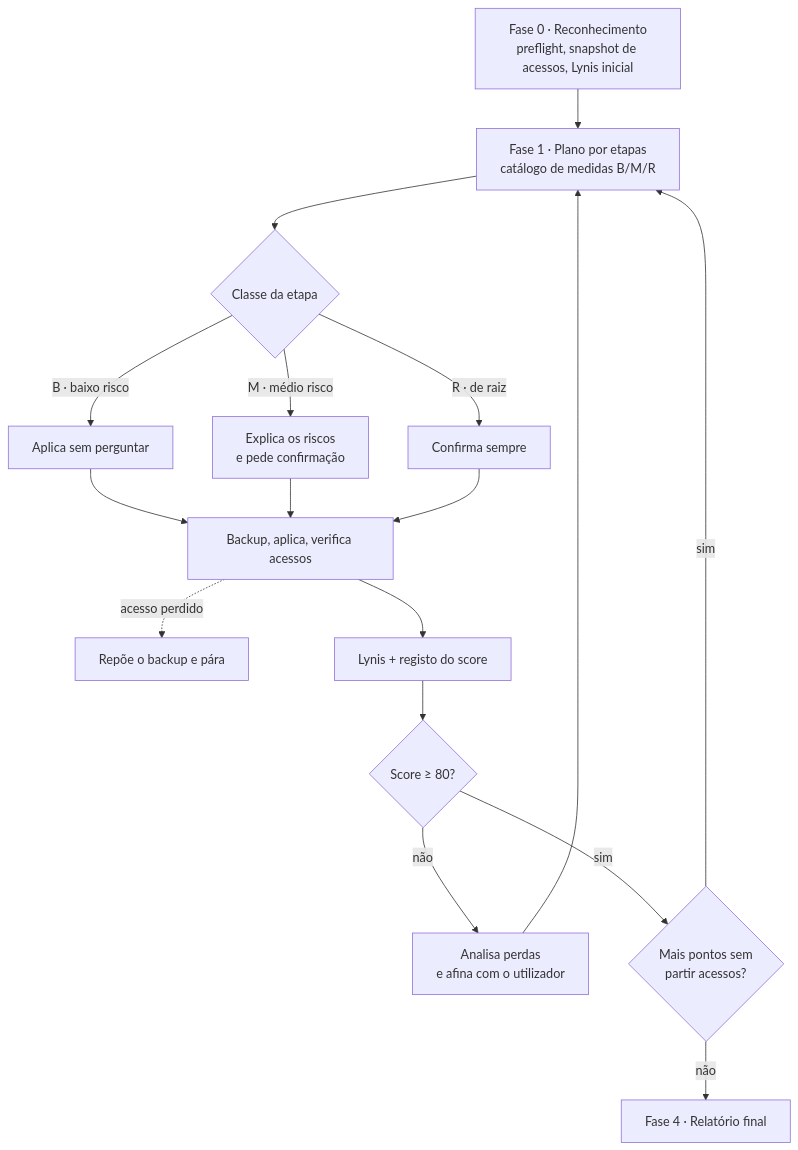
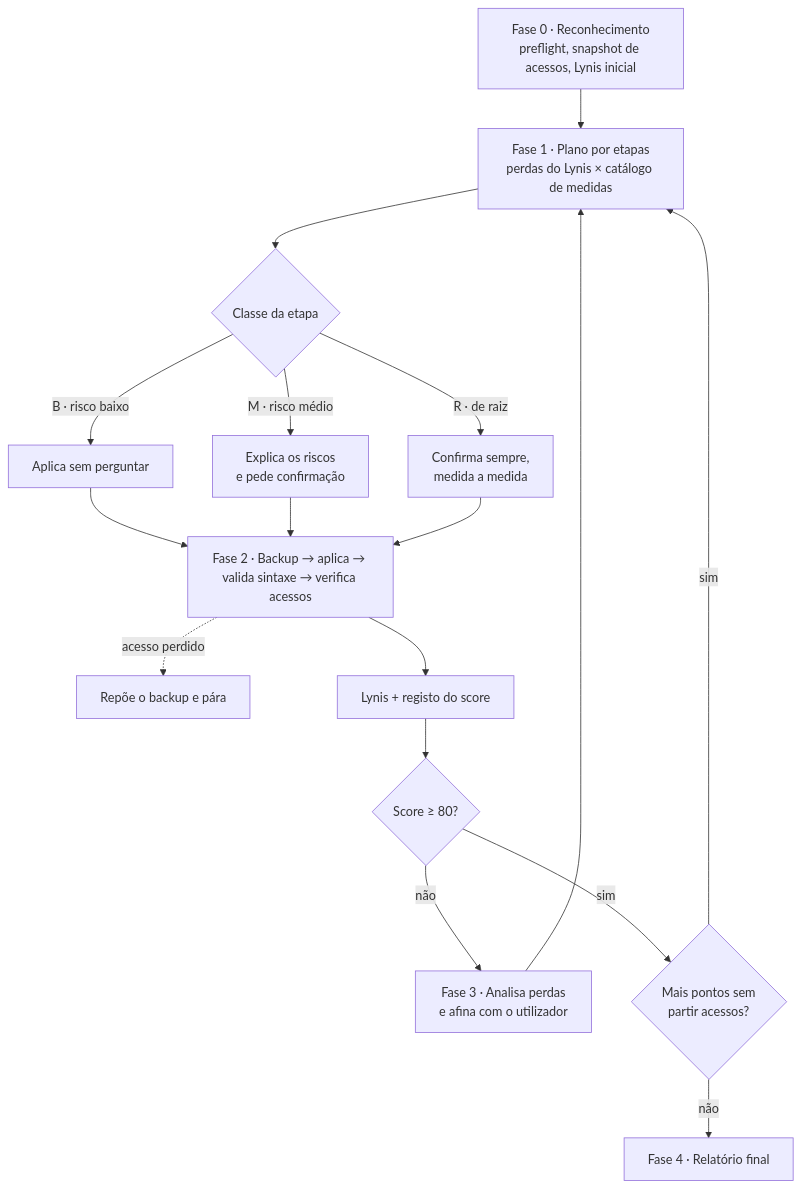
The diagram in README.md (DrNOFX97/pepe), drawn with Mermaid before and after one commit. The commit also changed other lines of this file and 7 other files, not shown here.

````diff
--- a/README.md
+++ b/README.md
@@ -46,19 +151,19 @@
 ```mermaid
 flowchart TD
-    A["Fase 0 · Reconhecimento<br/>preflight, snapshot de acessos, Lynis inicial"] --> B["Fase 1 · Plano por etapas<br/>catálogo de medidas B/M/R"]
+    A["Fase 0 · Reconhecimento<br/>preflight, snapshot de acessos, Lynis inicial"] --> B["Fase 1 · Plano por etapas<br/>perdas do Lynis × catálogo de medidas"]
     B --> C{"Classe da etapa"}
-    C -->|"B · baixo risco"| D["Aplica sem perguntar"]
-    C -->|"M · médio risco"| E["Explica os riscos<br/>e pede confirmação"]
-    C -->|"R · de raiz"| F["Confirma sempre"]
-    D --> G["Backup, aplica, verifica acessos"]
+    C -->|"B · risco baixo"| D["Aplica sem perguntar"]
+    C -->|"M · risco médio"| E["Explica os riscos<br/>e pede confirmação"]
+    C -->|"R · de raiz"| F["Confirma sempre,<br/>medida a medida"]
+    D --> G["Fase 2 · Backup → aplica → valida sintaxe → verifica acessos"]
     E --> G
     F --> G
     G -.->|"acesso perdido"| M["Repõe o backup e pára"]
     G --> H["Lynis + registo do score"]
     H --> I{"Score ≥ 80?"}
-    I -->|"não"| J["Analisa perdas<br/>e afina com o utilizador"]
+    I -->|"não"| J["Fase 3 · Analisa perdas<br/>e afina com o utilizador"]
     J --> B
     I -->|"sim"| K{"Mais pontos sem<br/>partir acessos?"}
     K -->|"sim"| B
     K -->|"não"| L["Fase 4 · Relatório final"]
 ```
````
